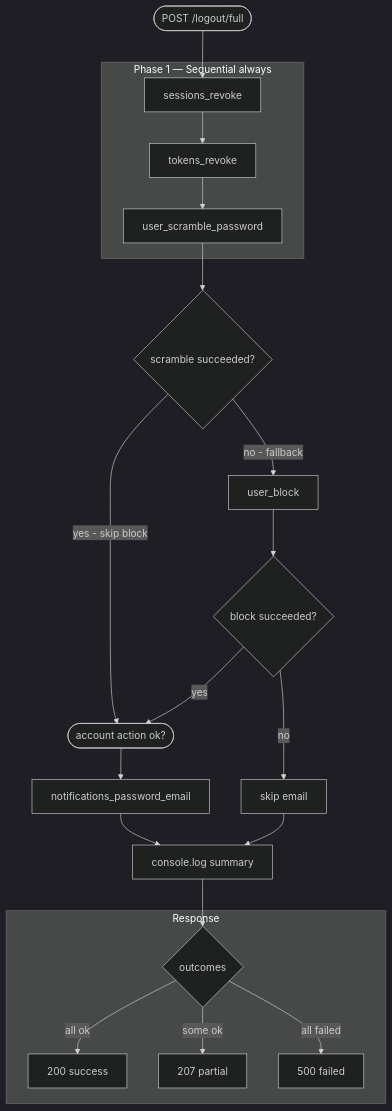
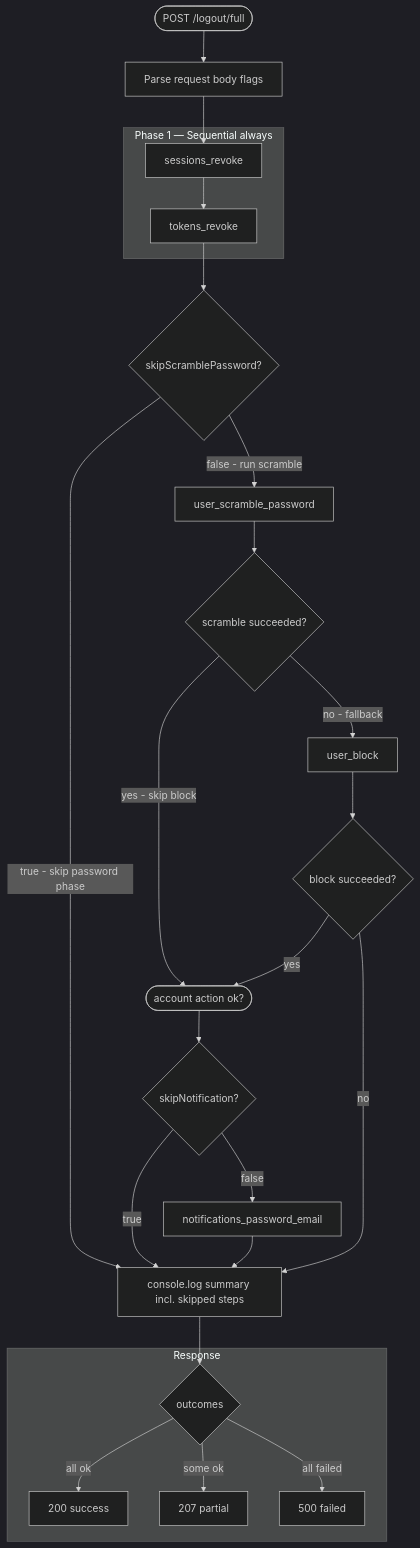
Before and after one commit to saimanda/cia-user-management: the third of 4 diagrams in README.md, drawn with Mermaid (dark theme). The commit also changed other lines of this file and 3 other files, not shown here.

First line of the commit message:
Add skipScramblePassword and skipNotification runtime flags to logout/full

````diff
--- a/README.md
+++ b/README.md
@@ -159,31 +173,35 @@
 ```mermaid
 flowchart TD
-    START([POST /logout/full]) --> S1
+    START([POST /logout/full]) --> PARSE[Parse request body flags]
+    PARSE --> S1
 
     subgraph Phase1["Phase 1 — Sequential always"]
-        S1[sessions_revoke] --> S2[tokens_revoke] --> S3[user_scramble_password]
+        S1[sessions_revoke] --> S2[tokens_revoke]
     end
 
+    S2 --> SKIP_SCRAMBLE{skipScramblePassword?}
+    SKIP_SCRAMBLE -->|true - skip password phase| LOG
+    SKIP_SCRAMBLE -->|false - run scramble| S3[user_scramble_password]
+
     S3 --> SCRAMBLE_OK{scramble succeeded?}
-
     SCRAMBLE_OK -->|yes - skip block| EMAIL_GATE
     SCRAMBLE_OK -->|no - fallback| S4[user_block]
 
     S4 --> BLOCK_OK{block succeeded?}
     BLOCK_OK -->|yes| EMAIL_GATE
-    BLOCK_OK -->|no| SKIP_EMAIL[skip email]
+    BLOCK_OK -->|no| LOG
 
-    EMAIL_GATE([account action ok?]) --> S5[notifications_password_email]
+    EMAIL_GATE([account action ok?]) --> SKIP_NOTIFY{skipNotification?}
+    SKIP_NOTIFY -->|true| LOG
+    SKIP_NOTIFY -->|false| S5[notifications_password_email]
 
     S5 --> LOG
-    SKIP_EMAIL --> LOG
-
-    LOG[console.log summary] --> RESPONSE
+    LOG[console.log summary incl. skipped steps] --> RESPONSE
 
     subgraph Response
         RESPONSE{outcomes}
         RESPONSE -->|all ok| R200[200 success]
         RESPONSE -->|some ok| R207[207 partial]
         RESPONSE -->|all failed| R500[500 failed]
     end
 ```
````
